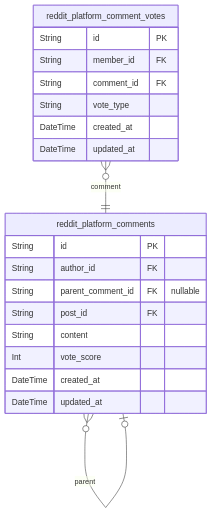
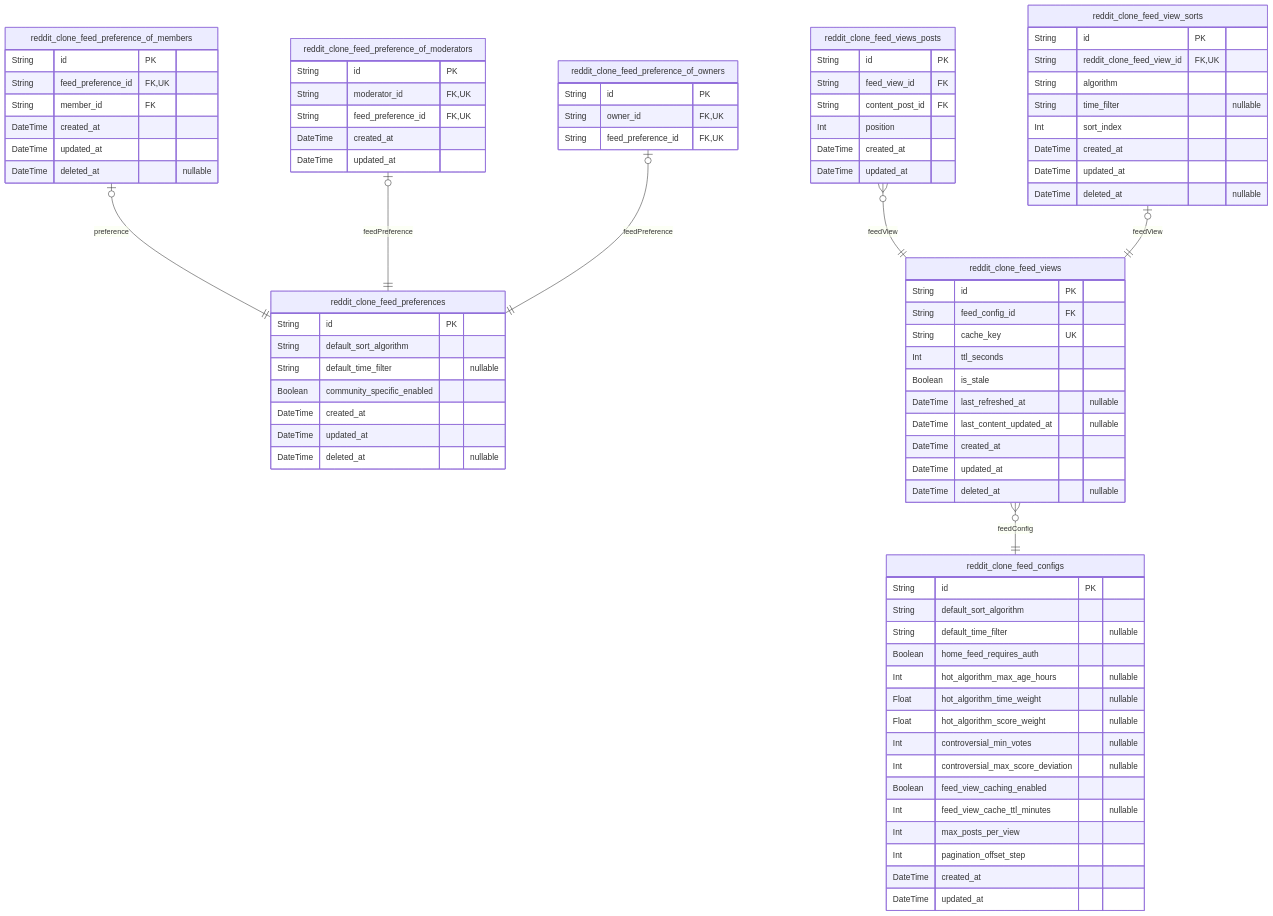
One commit to wrtnlabs/autobe-examples changed the fifth of 7 diagrams in qwen/qwen3-coder-next/reddit/docs/ERD.md. Above: the diagram before and after it, drawn with Mermaid. The commit also changed other lines of this file and 25939 other files, not shown here.

````diff
--- a/qwen/qwen3-coder-next/reddit/docs/ERD.md
+++ b/qwen/qwen3-coder-next/reddit/docs/ERD.md
@@ -555,23 +1054,85 @@
 ```mermaid
 erDiagram
-"reddit_platform_comments" {
+"reddit_clone_feed_configs" {
   String id PK
-  String author_id FK
-  String parent_comment_id FK "nullable"
-  String post_id FK
-  String content
-  Int vote_score
+  String default_sort_algorithm
+  String default_time_filter "nullable"
+  Boolean home_feed_requires_auth
+  Int hot_algorithm_max_age_hours "nullable"
+  Float hot_algorithm_time_weight "nullable"
+  Float hot_algorithm_score_weight "nullable"
+  Int controversial_min_votes "nullable"
+  Int controversial_max_score_deviation "nullable"
+  Boolean feed_view_caching_enabled
+  Int feed_view_cache_ttl_minutes "nullable"
+  Int max_posts_per_view
+  Int pagination_offset_step
   DateTime created_at
   DateTime updated_at
 }
-"reddit_platform_comment_votes" {
+"reddit_clone_feed_preferences" {
   String id PK
-  String member_id FK
-  String comment_id FK
-  String vote_type
+  String default_sort_algorithm
+  String default_time_filter "nullable"
+  Boolean community_specific_enabled
+  DateTime created_at
+  DateTime updated_at
+  DateTime deleted_at "nullable"
+}
+"reddit_clone_feed_views" {
+  String id PK
+  String feed_config_id FK
+  String cache_key UK
+  Int ttl_seconds
+  Boolean is_stale
+  DateTime last_refreshed_at "nullable"
+  DateTime last_content_updated_at "nullable"
+  DateTime created_at
+  DateTime updated_at
+  DateTime deleted_at "nullable"
+}
+"reddit_clone_feed_views_posts" {
+  String id PK
+  String feed_view_id FK
+  String content_post_id FK
+  Int position
   DateTime created_at
   DateTime updated_at
 }
-"reddit_platform_comments" }o--o| "reddit_platform_comments" : parent
-"reddit_platform_comment_votes" }o--|| "reddit_platform_comments" : comment
+"reddit_clone_feed_view_sorts" {
+  String id PK
+  String reddit_clone_feed_view_id FK,UK
+  String algorithm
+  String time_filter "nullable"
+  Int sort_index
+  DateTime created_at
+  DateTime updated_at
+  DateTime deleted_at "nullable"
+}
+"reddit_clone_feed_preference_of_members" {
+  String id PK
+  String feed_preference_id FK,UK
+  String member_id FK
+  DateTime created_at
+  DateTime updated_at
+  DateTime deleted_at "nullable"
+}
+"reddit_clone_feed_preference_of_moderators" {
+  String id PK
+  String moderator_id FK,UK
+  String feed_preference_id FK,UK
+  DateTime created_at
+  DateTime updated_at
+}
+"reddit_clone_feed_preference_of_owners" {
+  String id PK
+  String owner_id FK,UK
+  String feed_preference_id FK,UK
+}
+"reddit_clone_feed_views" }o--|| "reddit_clone_feed_configs" : feedConfig
+"reddit_clone_feed_views_posts" }o--|| "reddit_clone_feed_views" : feedView
+"reddit_clone_feed_view_sorts" |o--|| "reddit_clone_feed_views" : feedView
+"reddit_clone_feed_preference_of_members" |o--|| "reddit_clone_feed_preferences" : preference
+"reddit_clone_feed_preference_of_moderators" |o--|| "reddit_clone_feed_preferences" : feedPreference
+"reddit_clone_feed_preference_of_owners" |o--|| "reddit_clone_feed_preferences" : feedPreference
 ```
````
